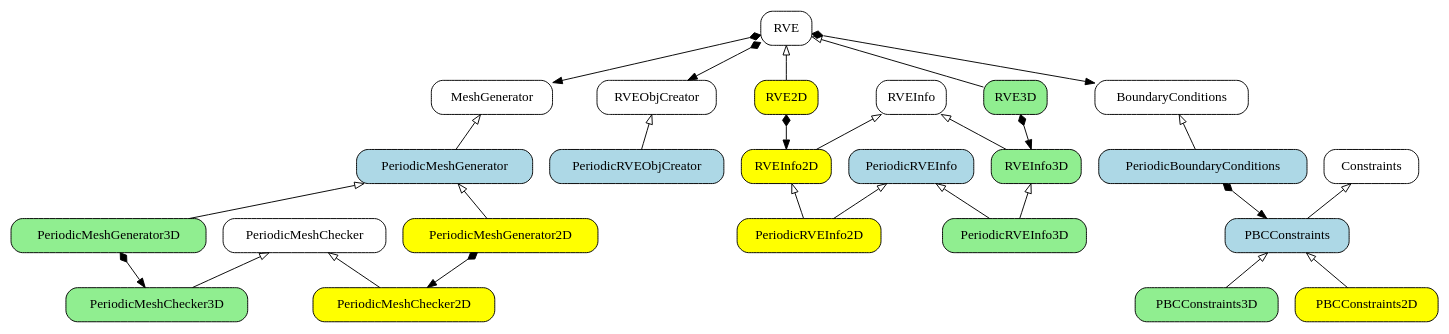
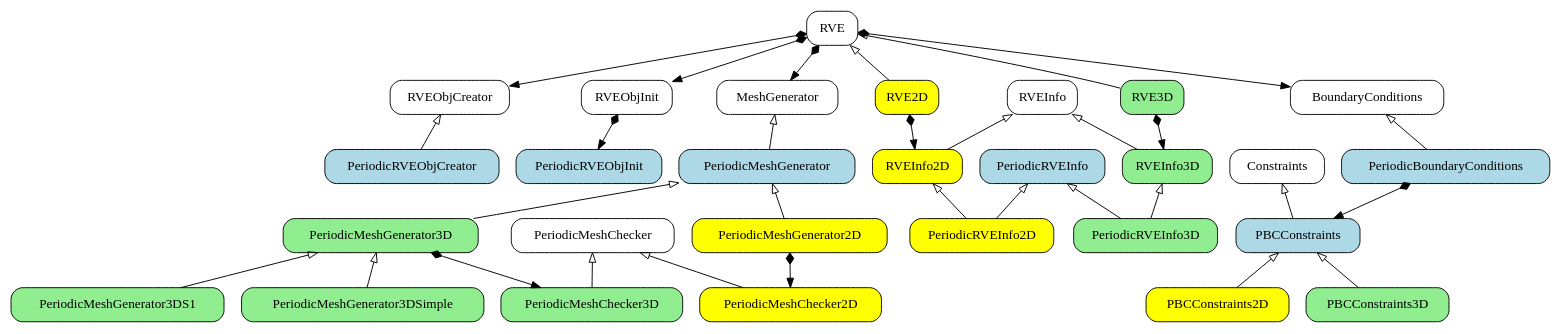
The diagram in uml/rve.gv (bessagroup/f3dasm), drawn with Graphviz before and after one commit. The commit also changed 1 other file, not shown here.

```diff
--- a/uml/rve.gv
+++ b/uml/rve.gv
@@ -1,73 +1,80 @@
 digraph RVE {
 
     node[shape=record, style=rounded]
     RVE[label = "{RVE}"]
     BoundaryConditions[label = "{BoundaryConditions}"]
     MeshGenerator[label = "{MeshGenerator}"]
     PeriodicMeshChecker[label = "{PeriodicMeshChecker}"]
     Constraints[label = "{Constraints}"]
     RVEInfo[label="{RVEInfo}"]
     RVEObjCreator[label="RVEObjCreator"]
+    RVEObjInit[label="RVEObjInit"]
 
     node[shape=record, style="rounded, filled", fillcolor=lightblue]
     PeriodicBoundaryConditions[label = "{PeriodicBoundaryConditions}"]
     PBCConstraints[label = "{PBCConstraints}"]
     PeriodicMeshGenerator[label = "{PeriodicMeshGenerator}"]
     PeriodicRVEInfo[label = "{PeriodicRVEInfo}"]
     PeriodRVEObjCreator[label = "{PeriodicRVEObjCreator}"]
+    PeriodicRVEObjInit[label="PeriodicRVEObjInit"]
 
     node[shape=record, style="rounded, filled", fillcolor=yellow]
     RVE2D[label = "{RVE2D}"]
     PBCConstraints2D[label = "{PBCConstraints2D}"]
     RVEInfo2D[label="{RVEInfo2D}"]
     PeriodicMeshChecker2D[label = "{PeriodicMeshChecker2D}"]
     PeriodicMeshGenerator2D[label= "{PeriodicMeshGenerator2D}"]
     PeriodicRVEInfo2D[label="{PeriodicRVEInfo2D}"]
 
     node[shape=record, style="rounded, filled", fillcolor=lightgreen]
     RVE3D[label = "{RVE3D}"]
     PBCConstraints3D[label = "{PBCConstraints3D}"]
     RVEInfo3D[label="{RVEInfo3D}"]
+    PeriodicRVEInfo3D[label="{PeriodicRVEInfo3D}"]
     PeriodicMeshChecker3D[label = "{PeriodicMeshChecker3D}"]
     PeriodicMeshGenerator3D[label= "{PeriodicMeshGenerator3D}"]
-    PeriodicRVEInfo3D[label="{PeriodicRVEInfo3D}"]
-
+    PeriodicMeshGenerator3DSimple[label= "{PeriodicMeshGenerator3DSimple}"]
+    PeriodicMeshGenerator3DS1[label= "{PeriodicMeshGenerator3DS1}"]
 
     // generalizations
     edge[dir=back, arrowtail=empty, style=normal]
     RVE->RVE2D
     RVE->RVE3D
     BoundaryConditions->PeriodicBoundaryConditions
     MeshGenerator->PeriodicMeshGenerator
     Constraints->PBCConstraints
     PBCConstraints->PBCConstraints2D
     PBCConstraints->PBCConstraints3D
     RVEInfo->RVEInfo2D
     RVEInfo->RVEInfo3D
     PeriodicMeshChecker->PeriodicMeshChecker2D
     PeriodicMeshChecker->PeriodicMeshChecker3D
     PeriodicMeshGenerator->PeriodicMeshGenerator2D
     PeriodicMeshGenerator->PeriodicMeshGenerator3D
     PeriodicRVEInfo->PeriodicRVEInfo2D
     RVEInfo2D->PeriodicRVEInfo2D
     PeriodicRVEInfo->PeriodicRVEInfo3D
     RVEInfo3D->PeriodicRVEInfo3D
     RVEObjCreator->PeriodRVEObjCreator
+    PeriodicMeshGenerator3D->PeriodicMeshGenerator3DSimple
+    PeriodicMeshGenerator3D->PeriodicMeshGenerator3DS1
 
     // dependencies
     edge[dir=normal, arrowhead=normal, style=dashed]
     // PeriodicMeshGenerator->RVEInfo
     // PeriodicMeshChecker->RVEInfo
 
     // compositions
     edge[dir=both, arrowtail=diamond, arrowhead=normal, style=normal]
     RVE2D->RVEInfo2D
     RVE3D->RVEInfo3D
     RVE->MeshGenerator
     RVE->BoundaryConditions
     PeriodicMeshGenerator2D->PeriodicMeshChecker2D
     PeriodicMeshGenerator3D->PeriodicMeshChecker3D
     RVE->RVEObjCreator
     PeriodicBoundaryConditions->PBCConstraints
+    RVE->RVEObjInit
+    RVEObjInit->PeriodicRVEObjInit
 
 }
```
